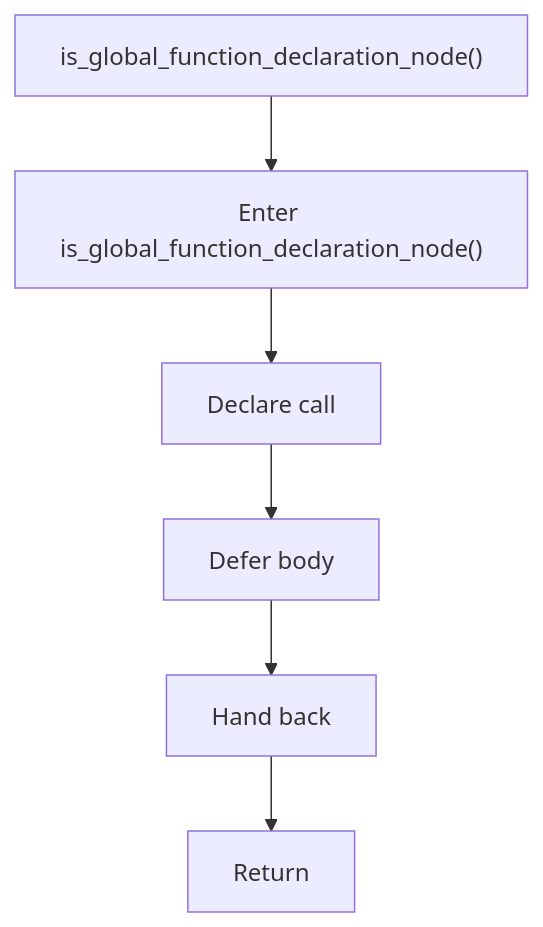
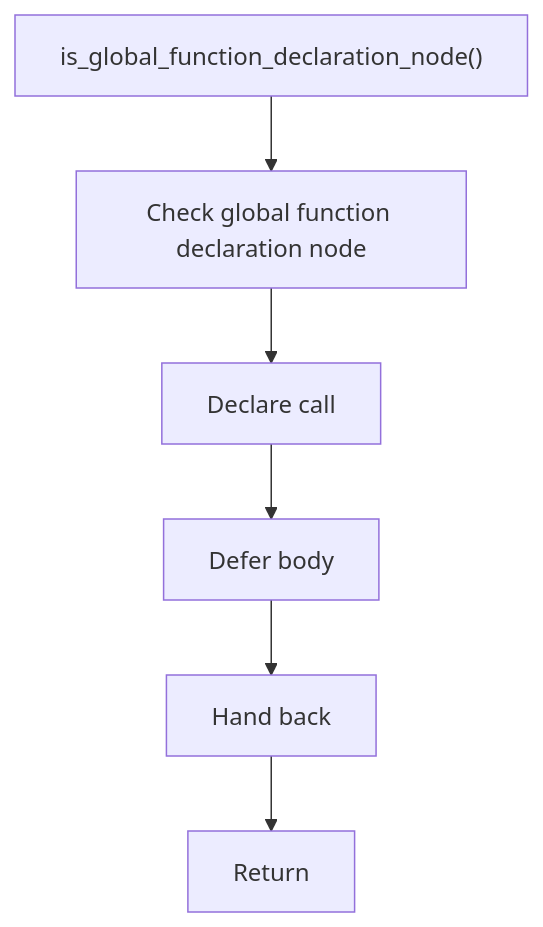
Before and after one commit to JohnAndrewBalbarosa/NeoTerritory: the diagram in docs/Codebase/Microservice/Modules/Header/SyntacticBrokenAST/Trees/Actual/Internal/Flow/functions/is_global_function_declaration_node.hpp.md, drawn with Mermaid. The commit also changed other lines of this file and 915 other files, not shown here.

````diff
--- a/docs/Codebase/Microservice/Modules/Header/SyntacticBrokenAST/Trees/Actual/Internal/Flow/functions/is_global_function_declaration_node.hpp.md
+++ b/docs/Codebase/Microservice/Modules/Header/SyntacticBrokenAST/Trees/Actual/Internal/Flow/functions/is_global_function_declaration_node.hpp.md
@@ -16,14 +16,14 @@
 ```mermaid
 flowchart TD
     Start["is_global_function_declaration_node()"]
-    N0["Enter is_global_function_declaration_node()"]
+    N0["Check global function declaration node"]
     N1["Declare call"]
     N2["Defer body"]
     N3["Hand back"]
     End["Return"]
     Start --> N0
     N0 --> N1
     N1 --> N2
     N2 --> N3
     N3 --> End
 ```
````
